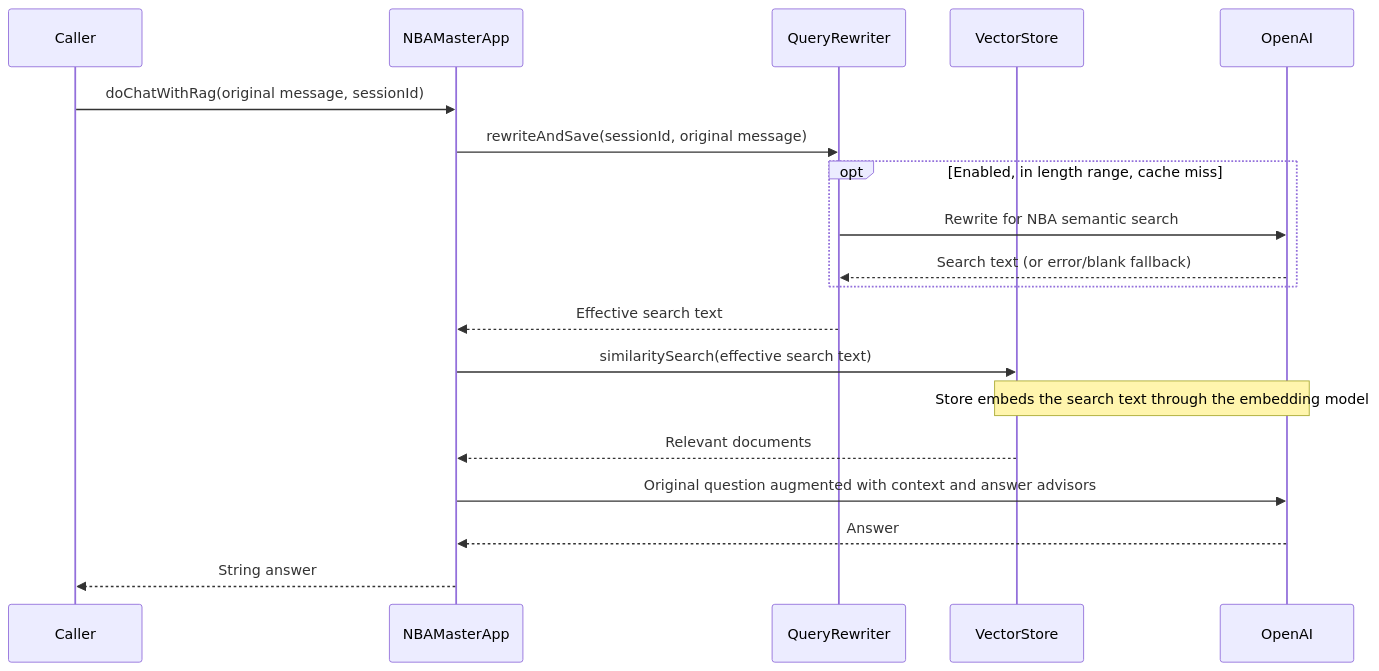
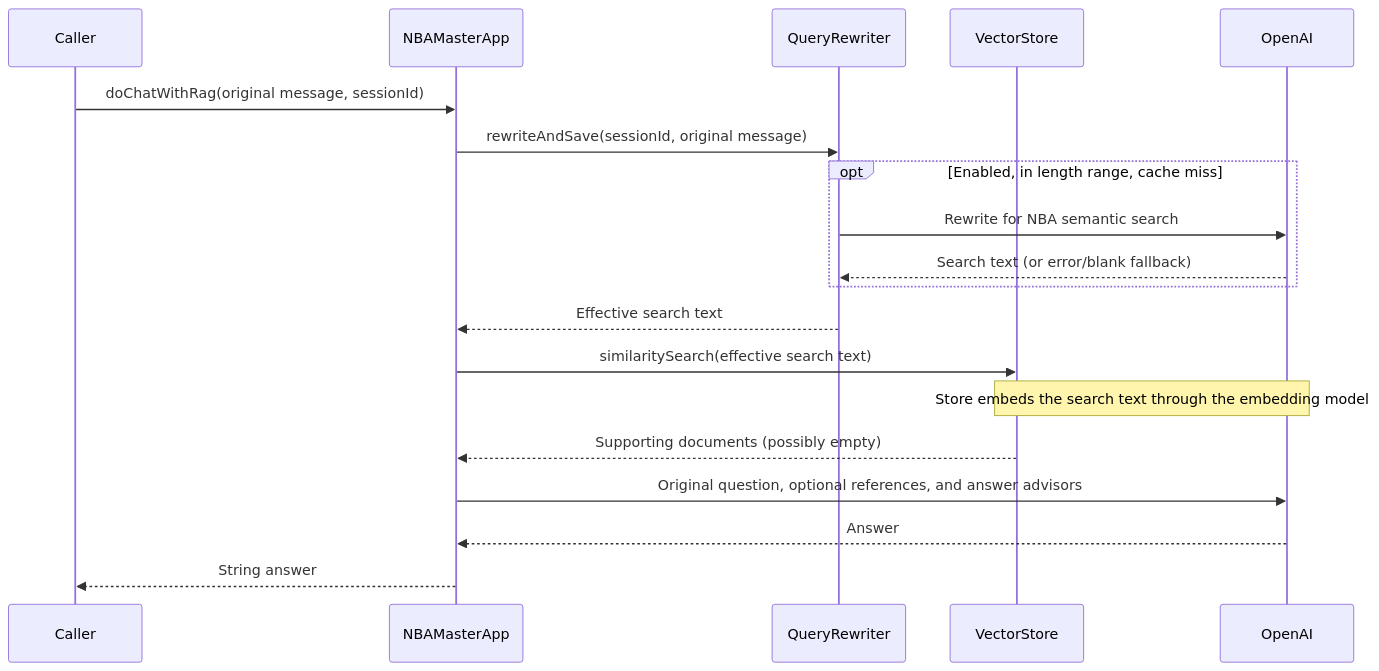
One commit to PeterTian0626/nba-game-master changed the diagram in Agent.md. Above: the diagram before and after it, drawn with Mermaid. The commit also changed other lines of this file and 7 other files, not shown here.

````diff
--- a/Agent.md
+++ b/Agent.md
@@ -66,21 +66,21 @@
 ```mermaid
 sequenceDiagram
     participant Caller
     participant App as NBAMasterApp
     participant Rewrite as QueryRewriter
     participant Store as VectorStore
     participant Model as OpenAI
     Caller->>App: doChatWithRag(original message, sessionId)
     App->>Rewrite: rewriteAndSave(sessionId, original message)
     opt Enabled, in length range, cache miss
         Rewrite->>Model: Rewrite for NBA semantic search
         Model-->>Rewrite: Search text (or error/blank fallback)
     end
     Rewrite-->>App: Effective search text
     App->>Store: similaritySearch(effective search text)
     Note over Store,Model: Store embeds the search text through the embedding model
-    Store-->>App: Relevant documents
-    App->>Model: Original question augmented with context and answer advisors
+    Store-->>App: Supporting documents (possibly empty)
+    App->>Model: Original question, optional references, and answer advisors
     Model-->>App: Answer
     App-->>Caller: String answer
 ```
````
